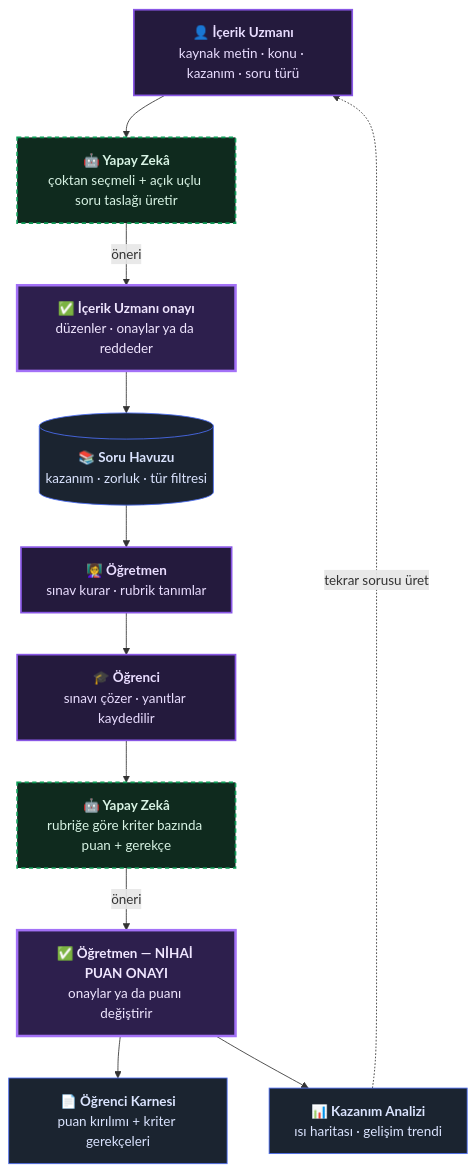
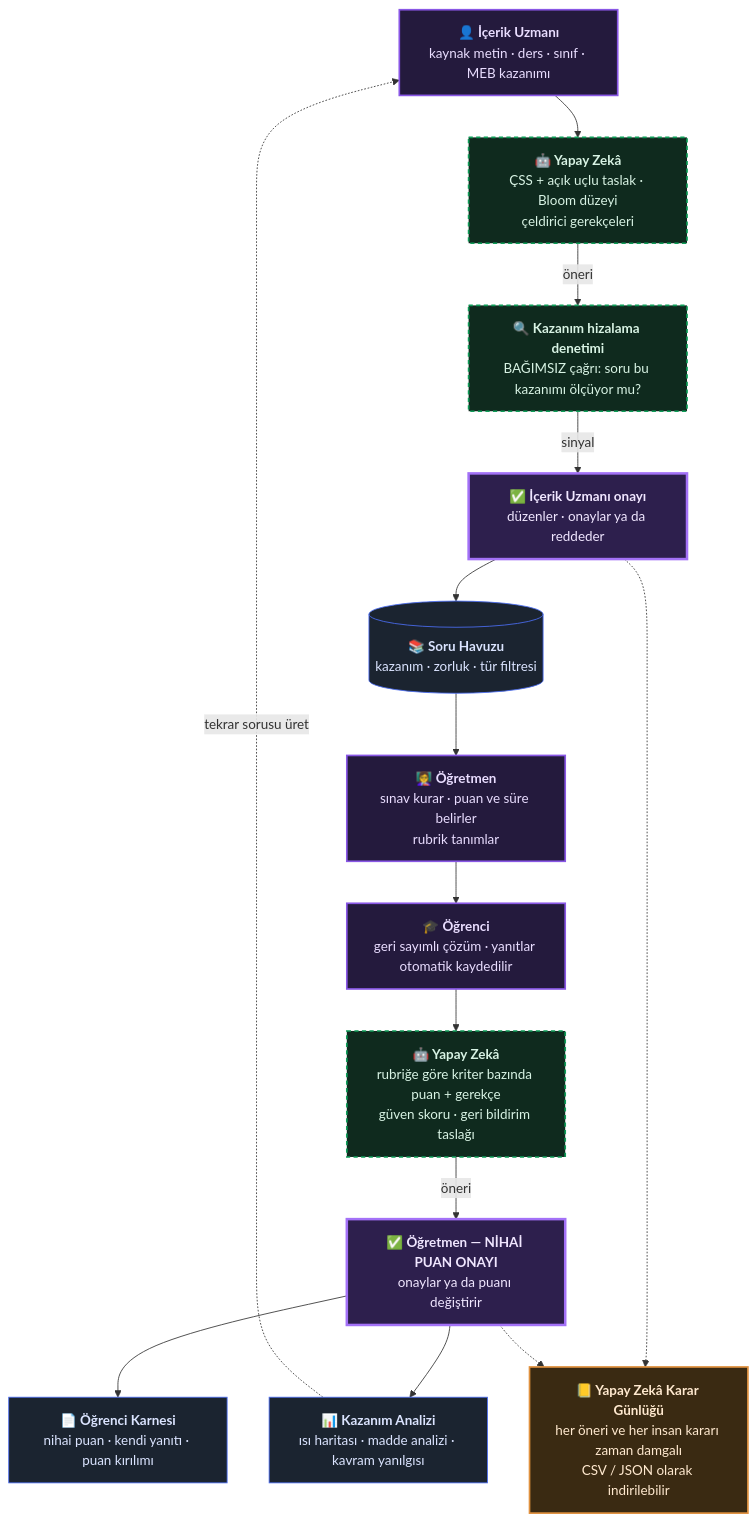
One commit to EsatKaratas/mihenk changed the diagram in README.md. Above: the diagram before and after it, drawn with Mermaid. The commit also changed other lines of this file, not shown here.

````diff
--- a/README.md
+++ b/README.md
@@ -81,32 +91,45 @@
 ```mermaid
 flowchart TD
     A["`**👤 İçerik Uzmanı**
-kaynak metin · konu · kazanım · soru türü`"] --> B
+kaynak metin · ders · sınıf · MEB kazanımı`"] --> B
     B["`**🤖 Yapay Zekâ**
-çoktan seçmeli + açık uçlu soru taslağı üretir`"] -->|öneri| C
+ÇSS + açık uçlu taslak · Bloom düzeyi
+çeldirici gerekçeleri`"] -->|öneri| K
+    K["`**🔍 Kazanım hizalama denetimi**
+BAĞIMSIZ çağrı: soru bu kazanımı ölçüyor mu?`"] -->|sinyal| C
     C["`**✅ İçerik Uzmanı onayı**
 düzenler · onaylar ya da reddeder`"] --> D[("`**📚 Soru Havuzu**
 kazanım · zorluk · tür filtresi`")]
     D --> E["`**👩‍🏫 Öğretmen**
-sınav kurar · rubrik tanımlar`"]
+sınav kurar · puan ve süre belirler
+rubrik tanımlar`"]
     E --> F["`**🎓 Öğrenci**
-sınavı çözer · yanıtlar kaydedilir`"]
+geri sayımlı çözüm · yanıtlar otomatik kaydedilir`"]
     F --> G
     G["`**🤖 Yapay Zekâ**
-rubriğe göre kriter bazında puan + gerekçe`"] -->|öneri| H
+rubriğe göre kriter bazında puan + gerekçe
+güven skoru · geri bildirim taslağı`"] -->|öneri| H
     H["`**✅ Öğretmen — NİHAİ PUAN ONAYI**
 onaylar ya da puanı değiştirir`"] --> I["`**📄 Öğrenci Karnesi**
-puan kırılımı + kriter gerekçeleri`"]
+nihai puan · kendi yanıtı · puan kırılımı`"]
     H --> J["`**📊 Kazanım Analizi**
-ısı haritası · gelişim trendi`"]
+ısı haritası · madde analizi · kavram yanılgısı`"]
     J -.->|"tekrar sorusu üret"| A
+
+    C -.-> L
+    H -.-> L
+    L["`**📒 Yapay Zekâ Karar Günlüğü**
+her öneri ve her insan kararı zaman damgalı
+CSV / JSON olarak indirilebilir`"]
 
     classDef ai fill:#0f2a1e,stroke:#0f9d58,stroke-width:2px,stroke-dasharray:5 4,color:#d8f3e4
     classDef insan fill:#241a3d,stroke:#8957e5,stroke-width:2px,color:#e9ddff
     classDef onay fill:#2d1f4d,stroke:#a371f7,stroke-width:3px,color:#f0e6ff
     classDef veri fill:#1b2430,stroke:#4c6ef5,color:#dbe4ff
-    class B,G ai
+    classDef iz fill:#3a2a12,stroke:#e0913f,stroke-width:2px,color:#ffe9cf
+    class B,G,K ai
     class A,E,F insan
     class C,H onay
     class D,I,J veri
+    class L iz
 ```
````
